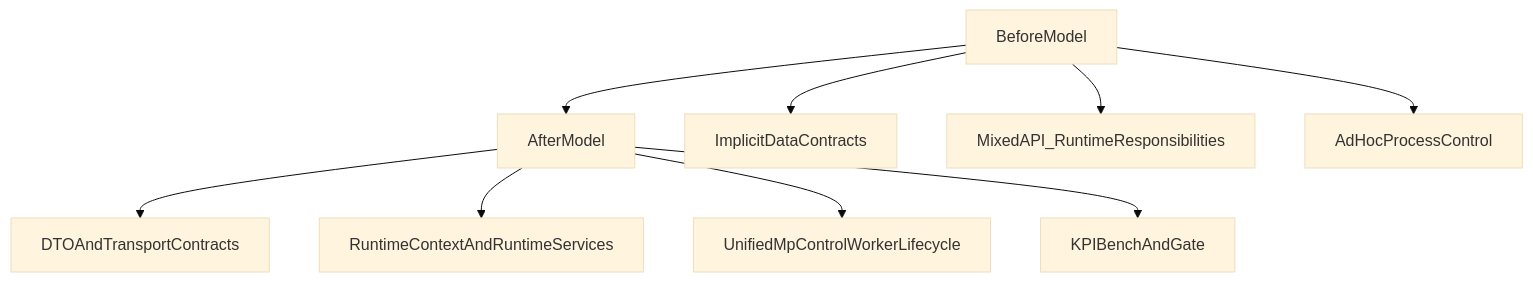
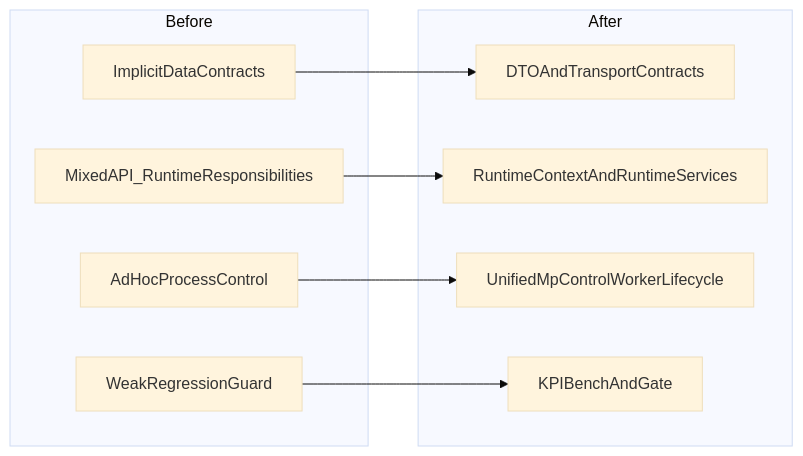
Before and after one commit to aicommunity/EvilEye: the first of 11 diagrams in docs/MT_REFACTORING2_CHANGES.md, drawn with Mermaid (base theme). The commit also changed other lines of this file, not shown here.

Commit message:
update diagram

````diff
--- a/docs/MT_REFACTORING2_CHANGES.md
+++ b/docs/MT_REFACTORING2_CHANGES.md
@@ -23,11 +23,19 @@
 ```mermaid
-flowchart TD
-  a[BeforeModel] --> b[AfterModel]
-  a --> c[ImplicitDataContracts]
-  a --> d[MixedAPI_RuntimeResponsibilities]
-  a --> e[AdHocProcessControl]
-  b --> f[DTOAndTransportContracts]
-  b --> g[RuntimeContextAndRuntimeServices]
-  b --> h[UnifiedMpControlWorkerLifecycle]
-  b --> i[KPIBenchAndGate]
+flowchart LR
+  subgraph beforeState [Before]
+    b1[ImplicitDataContracts]
+    b2[MixedAPI_RuntimeResponsibilities]
+    b3[AdHocProcessControl]
+    b4[WeakRegressionGuard]
+  end
+  subgraph afterState [After]
+    a1[DTOAndTransportContracts]
+    a2[RuntimeContextAndRuntimeServices]
+    a3[UnifiedMpControlWorkerLifecycle]
+    a4[KPIBenchAndGate]
+  end
+  b1 --> a1
+  b2 --> a2
+  b3 --> a3
+  b4 --> a4
 ```
````
